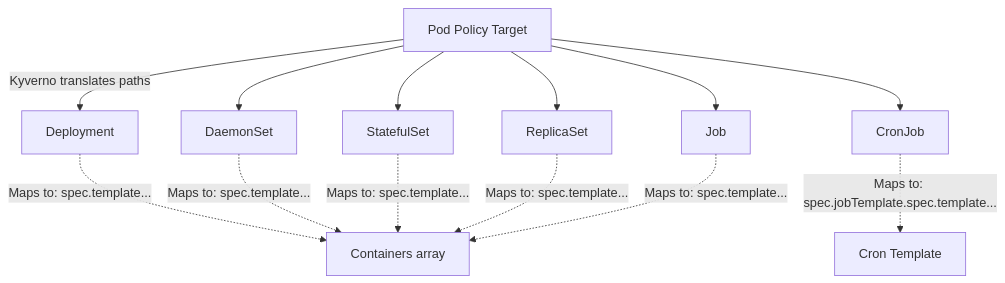
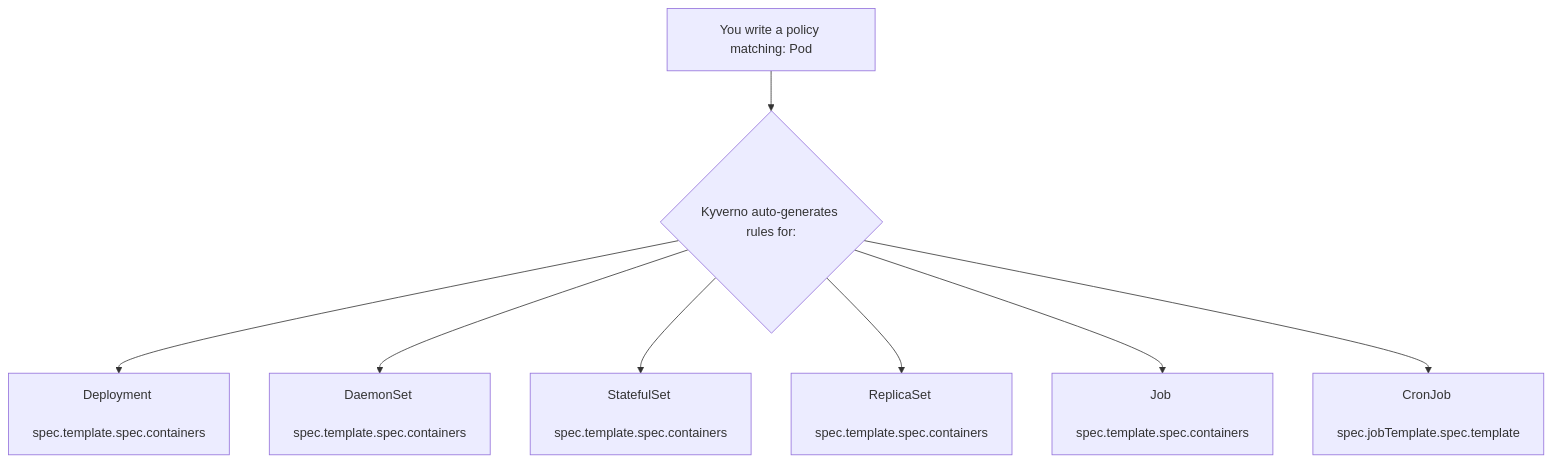
The diagram in src/content/docs/k8s/kca/module-1.1-advanced-kyverno-policies.md (kube-dojo/kube-dojo), drawn with Mermaid before and after one commit. The commit also changed other lines of this file, not shown here.

Commit message:
chore(content): write-only draft [k8s/kca/module-1.1-advanced-kyverno-policies]

````diff
--- a/src/content/docs/k8s/kca/module-1.1-advanced-kyverno-policies.md
+++ b/src/content/docs/k8s/kca/module-1.1-advanced-kyverno-policies.md
@@ -534,16 +518,10 @@
 ```mermaid
 graph TD
-    P[Pod Policy Target] -->|Kyverno translates paths| D[Deployment]
-    P --> DS[DaemonSet]
-    P --> SS[StatefulSet]
-    P --> RS[ReplicaSet]
-    P --> J[Job]
-    P --> CJ[CronJob]
-
-    D -.->|Maps to: spec.template...| C1[Containers array]
-    DS -.->|Maps to: spec.template...| C1
-    SS -.->|Maps to: spec.template...| C1
-    RS -.->|Maps to: spec.template...| C1
-    J -.->|Maps to: spec.template...| C1
-    CJ -.->|Maps to: spec.jobTemplate.spec.template...| C2[Cron Template]
+    A[You write a policy matching: Pod] --> B{Kyverno auto-generates rules for:}
+    B --> C[Deployment <br/> spec.template.spec.containers]
+    B --> D[DaemonSet <br/> spec.template.spec.containers]
+    B --> E[StatefulSet <br/> spec.template.spec.containers]
+    B --> F[ReplicaSet <br/> spec.template.spec.containers]
+    B --> G[Job <br/> spec.template.spec.containers]
+    B --> H[CronJob <br/> spec.jobTemplate.spec.template]
 ```
````
